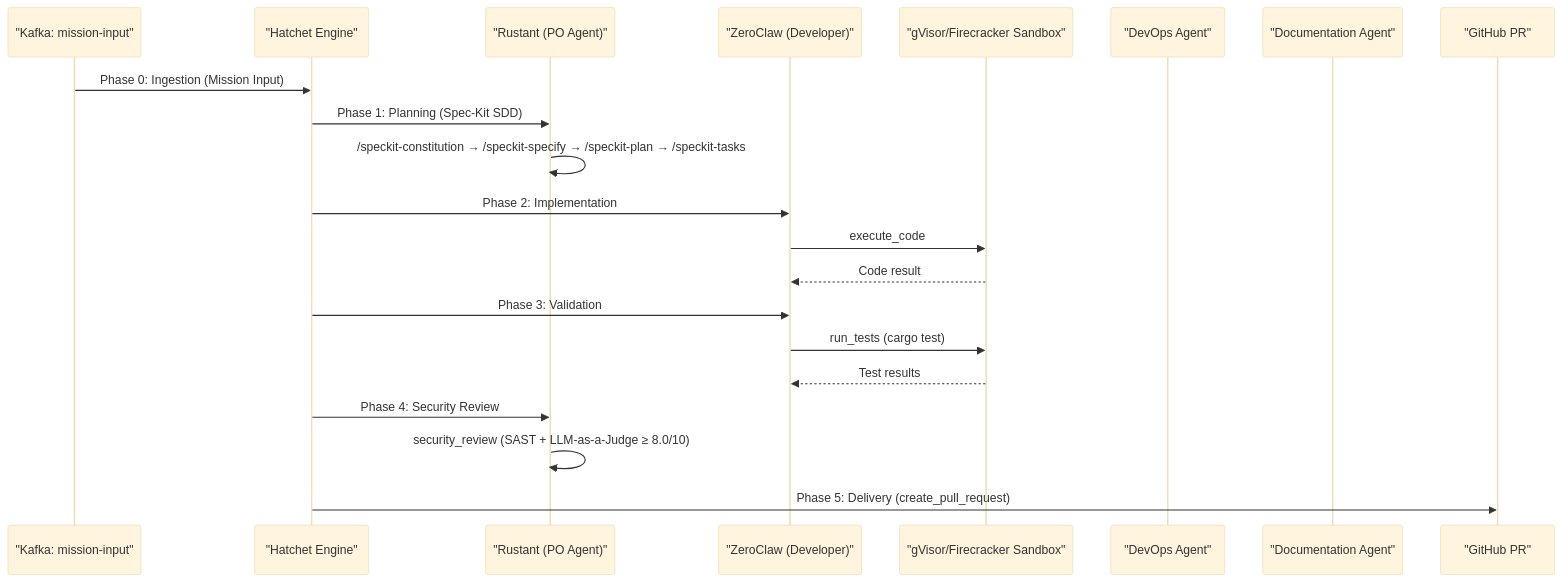
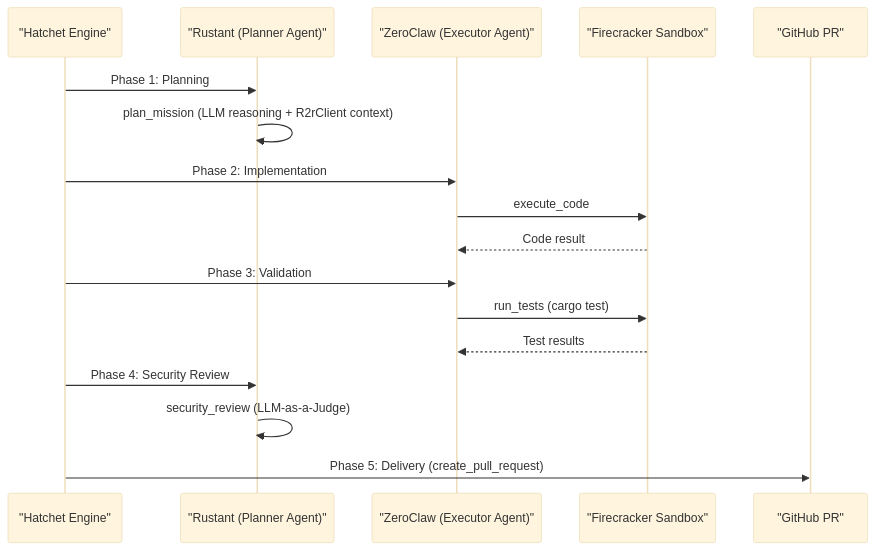
Before and after one commit to lgcorzo/rust_CACD_autonomous_factory: the first of 2 diagrams in wiki/TACTICAL-DESIGN.md, drawn with Mermaid (base theme). The commit also changed other lines of this file and 21 other files, not shown here.

Commit message:
feat: integrate and formalize Documentation_agent workflow across project documentation and agent specifications

````diff
--- a/wiki/TACTICAL-DESIGN.md
+++ b/wiki/TACTICAL-DESIGN.md
@@ -23,24 +60,20 @@
 ```mermaid
 sequenceDiagram
-    participant Kafka as "Kafka: mission-input"
     participant Hatchet as "Hatchet Engine"
-    participant RU as "Rustant (PO Agent)"
-    participant ZC as "ZeroClaw (Developer)"
-    participant Sandbox as "gVisor/Firecracker Sandbox"
-    participant DevOps as "DevOps Agent"
-    participant Doc as "Documentation Agent"
+    participant RU as "Rustant (Planner Agent)"
+    participant ZC as "ZeroClaw (Executor Agent)"
+    participant Sandbox as "Firecracker Sandbox"
     participant GH as "GitHub PR"
 
-    Kafka->>Hatchet: Phase 0: Ingestion (Mission Input)
-    Hatchet->>RU: Phase 1: Planning (Spec-Kit SDD)
-    RU->>RU: /speckit-constitution → /speckit-specify → /speckit-plan → /speckit-tasks
+    Hatchet->>RU: Phase 1: Planning
+    RU->>RU: plan_mission (LLM reasoning + R2rClient context)
     Hatchet->>ZC: Phase 2: Implementation
     ZC->>Sandbox: execute_code
     Sandbox-->>ZC: Code result
     Hatchet->>ZC: Phase 3: Validation
     ZC->>Sandbox: run_tests (cargo test)
     Sandbox-->>ZC: Test results
     Hatchet->>RU: Phase 4: Security Review
-    RU->>RU: security_review (SAST + LLM-as-a-Judge ≥ 8.0/10)
+    RU->>RU: security_review (LLM-as-a-Judge)
     Hatchet->>GH: Phase 5: Delivery (create_pull_request)
 ```
````
